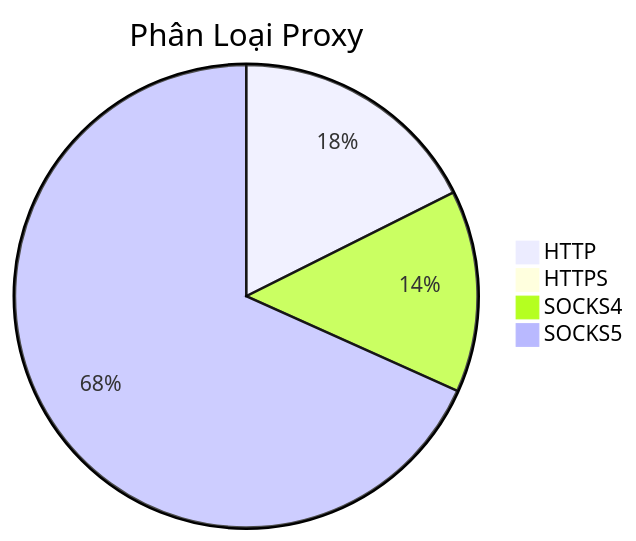
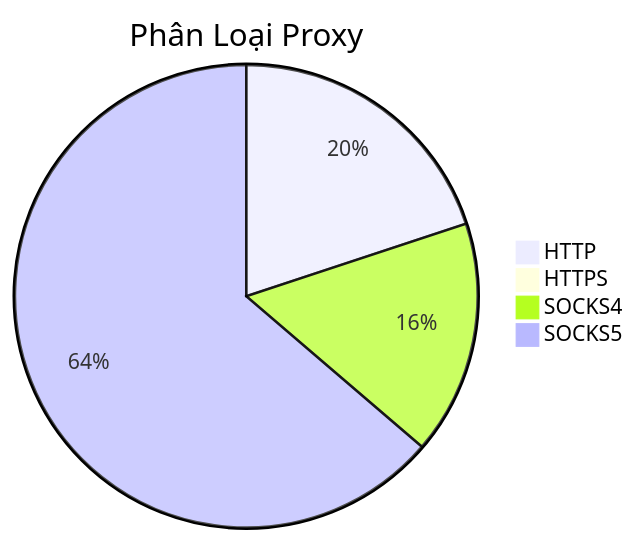
One commit to Ciara-Aa/PROXY-free changed the diagram in README.md. Above: the diagram before and after it, drawn with Mermaid. The commit also changed other lines of this file and 4 other files, not shown here.

````diff
--- a/README.md
+++ b/README.md
@@ -26,7 +26,7 @@
 ```mermaid
 pie title Phân Loại Proxy
-    "HTTP" : 292
-    "HTTPS" : 3
-    "SOCKS4" : 234
-    "SOCKS5" : 1133
+    "HTTP" : 357
+    "HTTPS" : 2
+    "SOCKS4" : 293
+    "SOCKS5" : 1142
 ```
````
